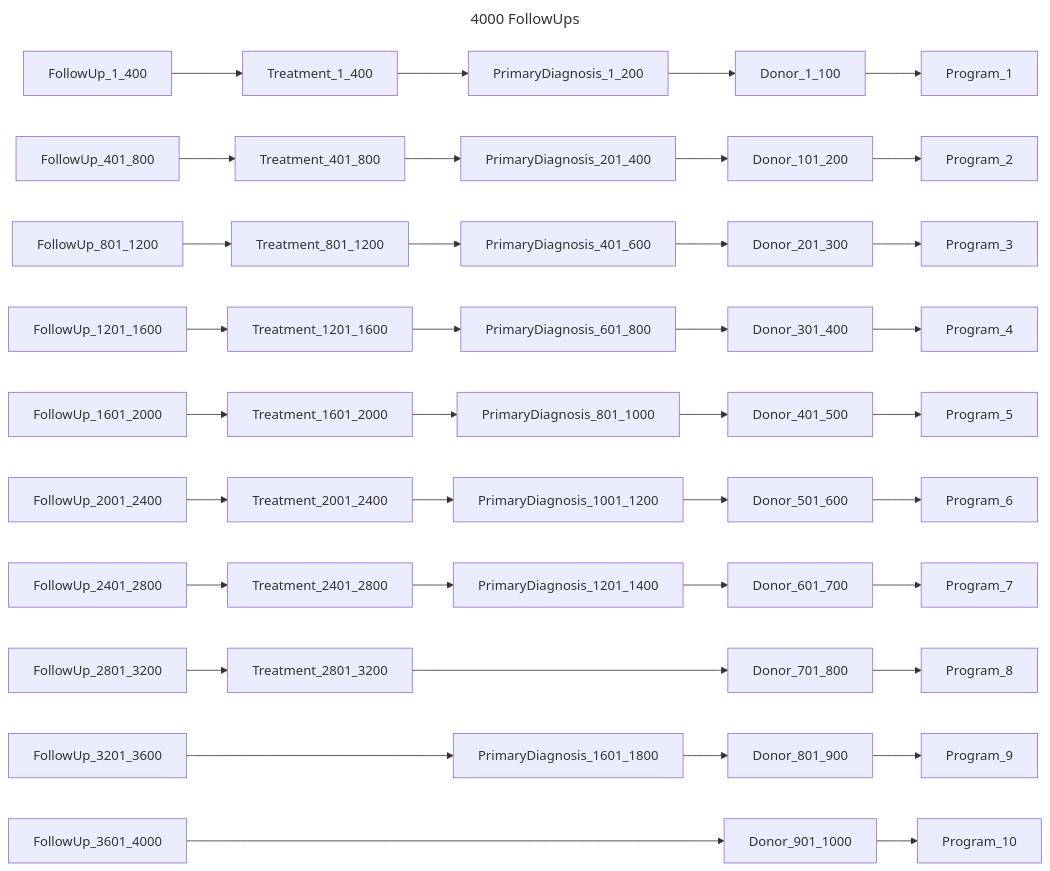
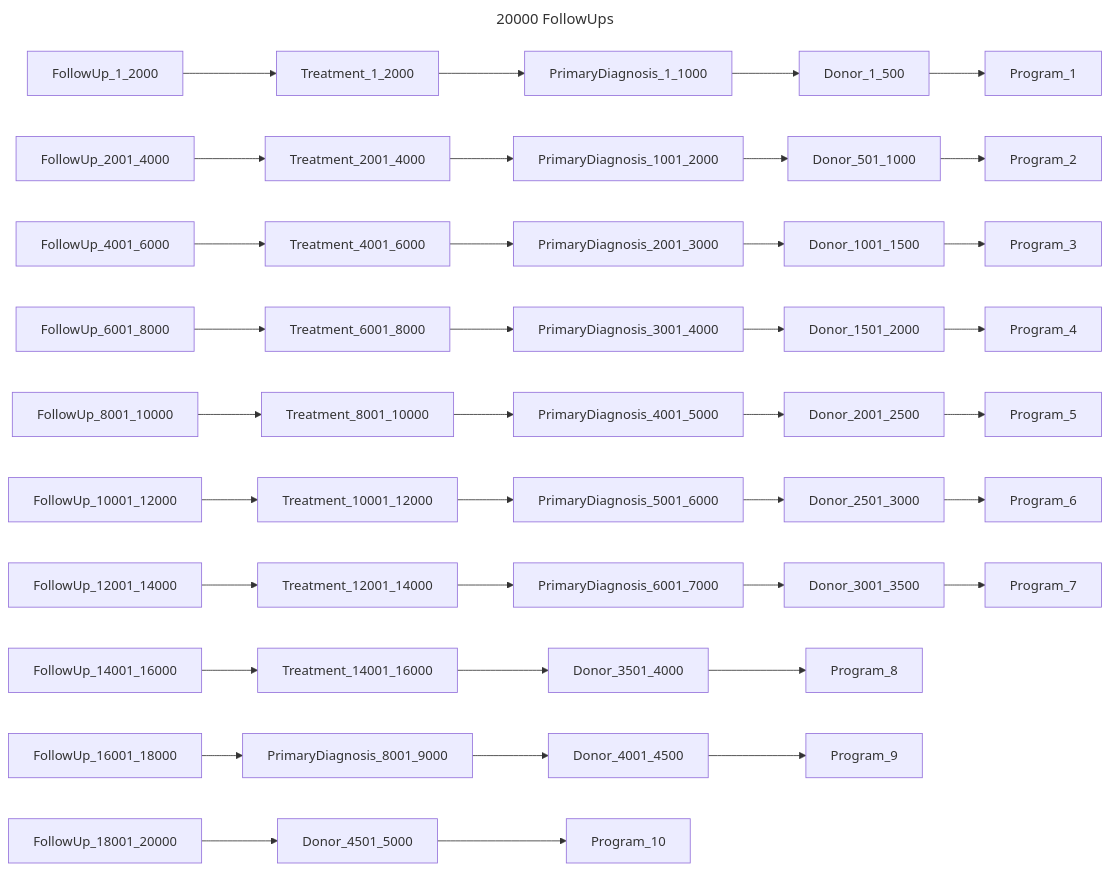
Diagram 11 of 14 in chord_metadata_service/mohpackets/data/large_dataset/README.md (bento-platform/katsu), drawn with Mermaid before and after one commit. The commit also changed other lines of this file, not shown here.

````diff
--- a/chord_metadata_service/mohpackets/data/large_dataset/README.md
+++ b/chord_metadata_service/mohpackets/data/large_dataset/README.md
@@ -158,16 +159,17 @@
 ```mermaid
 ---
-title: 4000 FollowUps
+title: 20000 FollowUps
 ---
 graph LR;  
-  FollowUp_1_400 --> Treatment_1_400 --> PrimaryDiagnosis_1_200 --> Donor_1_100 --> Program_1;
-  FollowUp_401_800 --> Treatment_401_800 --> PrimaryDiagnosis_201_400 --> Donor_101_200 --> Program_2;  
-  FollowUp_801_1200 --> Treatment_801_1200 --> PrimaryDiagnosis_401_600 --> Donor_201_300 --> Program_3;  
-  FollowUp_1201_1600 --> Treatment_1201_1600 --> PrimaryDiagnosis_601_800 --> Donor_301_400 --> Program_4;  
-  FollowUp_1601_2000 --> Treatment_1601_2000 --> PrimaryDiagnosis_801_1000 --> Donor_401_500 --> Program_5;  
-  FollowUp_2001_2400 --> Treatment_2001_2400 --> PrimaryDiagnosis_1001_1200 --> Donor_501_600 --> Program_6;  
-  FollowUp_2401_2800 --> Treatment_2401_2800 --> PrimaryDiagnosis_1201_1400 --> Donor_601_700 --> Program_7;  
-  FollowUp_2801_3200 --> Treatment_2801_3200 ---> Donor_701_800 --> Program_8;  
-  FollowUp_3201_3600 ---> PrimaryDiagnosis_1601_1800 --> Donor_801_900 --> Program_9;
-  FollowUp_3601_4000 ----> Donor_901_1000 --> Program_10;  
+  FollowUp_1_2000 --> Treatment_1_2000 --> PrimaryDiagnosis_1_1000 --> Donor_1_500 --> Program_1;
+  FollowUp_2001_4000 --> Treatment_2001_4000 --> PrimaryDiagnosis_1001_2000 --> Donor_501_1000 --> Program_2;
+  FollowUp_4001_6000 --> Treatment_4001_6000 --> PrimaryDiagnosis_2001_3000 --> Donor_1001_1500 --> Program_3;
+  FollowUp_6001_8000 --> Treatment_6001_8000 --> PrimaryDiagnosis_3001_4000 --> Donor_1501_2000 --> Program_4;
+  FollowUp_8001_10000 --> Treatment_8001_10000 --> PrimaryDiagnosis_4001_5000 --> Donor_2001_2500 --> Program_5;
+  FollowUp_10001_12000 --> Treatment_10001_12000 --> PrimaryDiagnosis_5001_6000 --> Donor_2501_3000 --> Program_6;
+  FollowUp_12001_14000 --> Treatment_12001_14000 --> PrimaryDiagnosis_6001_7000 --> Donor_3001_3500 --> Program_7;
+  FollowUp_14001_16000 --> Treatment_14001_16000 --> Donor_3501_4000 --> Program_8;
+  FollowUp_16001_18000 --> PrimaryDiagnosis_8001_9000 --> Donor_4001_4500 --> Program_9;
+  FollowUp_18001_20000 --> Donor_4501_5000 --> Program_10;
+
 ```
````
